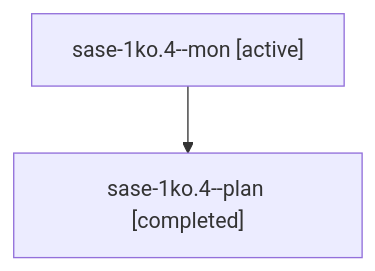
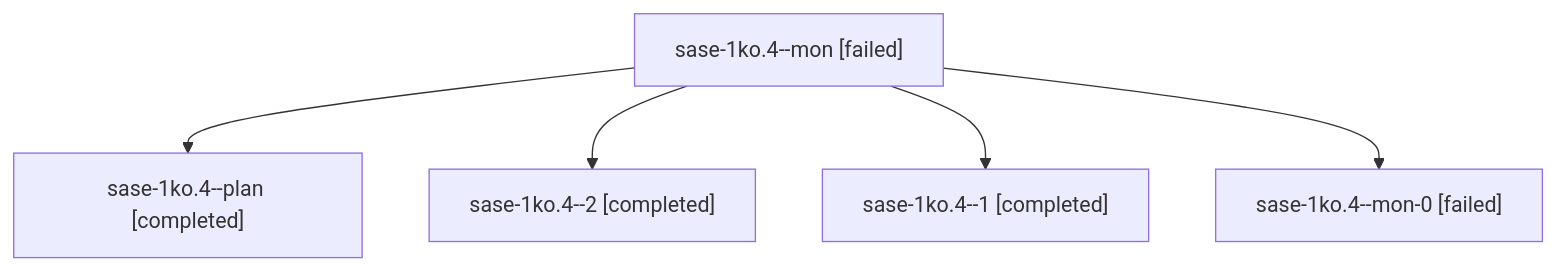
One commit to sase-org/sase--agents changed the diagram in sessions/bbugyi200.apollo.sase-1ko.4.md. Above: the diagram before and after it, drawn with Mermaid. The commit also changed other lines of this file and 123 other files, not shown here.

````diff
--- a/sessions/bbugyi200.apollo.sase-1ko.4.md
+++ b/sessions/bbugyi200.apollo.sase-1ko.4.md
@@ -9,6 +9,12 @@
 ```mermaid
 flowchart TD
-  n0["sase-1ko.4--mon [active]"]
+  n0["sase-1ko.4--mon [failed]"]
   n1["sase-1ko.4--plan [completed]"]
   n0 --> n1
+  n2["sase-1ko.4--2 [completed]"]
+  n0 --> n2
+  n3["sase-1ko.4--1 [completed]"]
+  n0 --> n3
+  n4["sase-1ko.4--mon-0 [failed]"]
+  n0 --> n4
 ```
````
